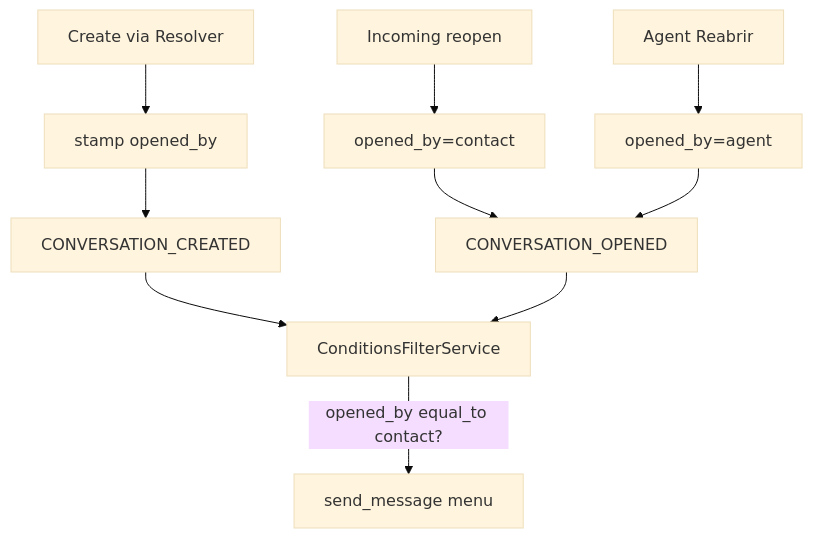
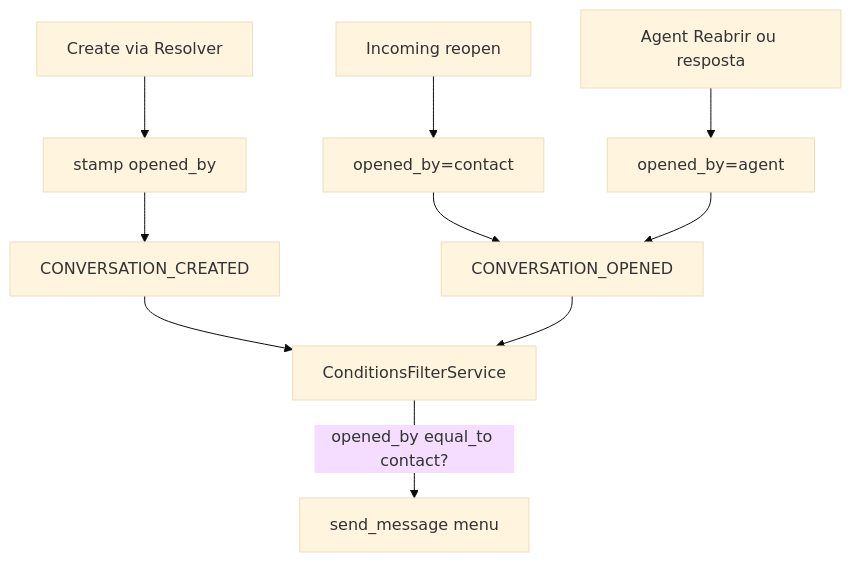
The diagram in doc/feature/automation-opened-by/README.md (cesar-carlos/chatwoot), drawn with Mermaid (base theme) before and after one commit. The commit also changed other lines of this file and 66 other files, not shown here.

First line of the commit message:
feat(fork): stamp opened_by across channels and filters

````diff
--- a/doc/feature/automation-opened-by/README.md
+++ b/doc/feature/automation-opened-by/README.md
@@ -53,12 +53,12 @@
 ```mermaid
 flowchart TD
   createPath[Create via Resolver] --> stampCreate["stamp opened_by"]
   stampCreate --> convCreated[CONVERSATION_CREATED]
   reopenContact[Incoming reopen] --> stampContact["opened_by=contact"]
-  reopenAgent[Agent Reabrir] --> stampAgent["opened_by=agent"]
+  reopenAgent[Agent Reabrir ou resposta] --> stampAgent["opened_by=agent"]
   stampContact --> convOpened[CONVERSATION_OPENED]
   stampAgent --> convOpened
   convCreated --> filter[ConditionsFilterService]
   convOpened --> filter
   filter -->|"opened_by equal_to contact?"| actions[send_message menu]
 ```
````
